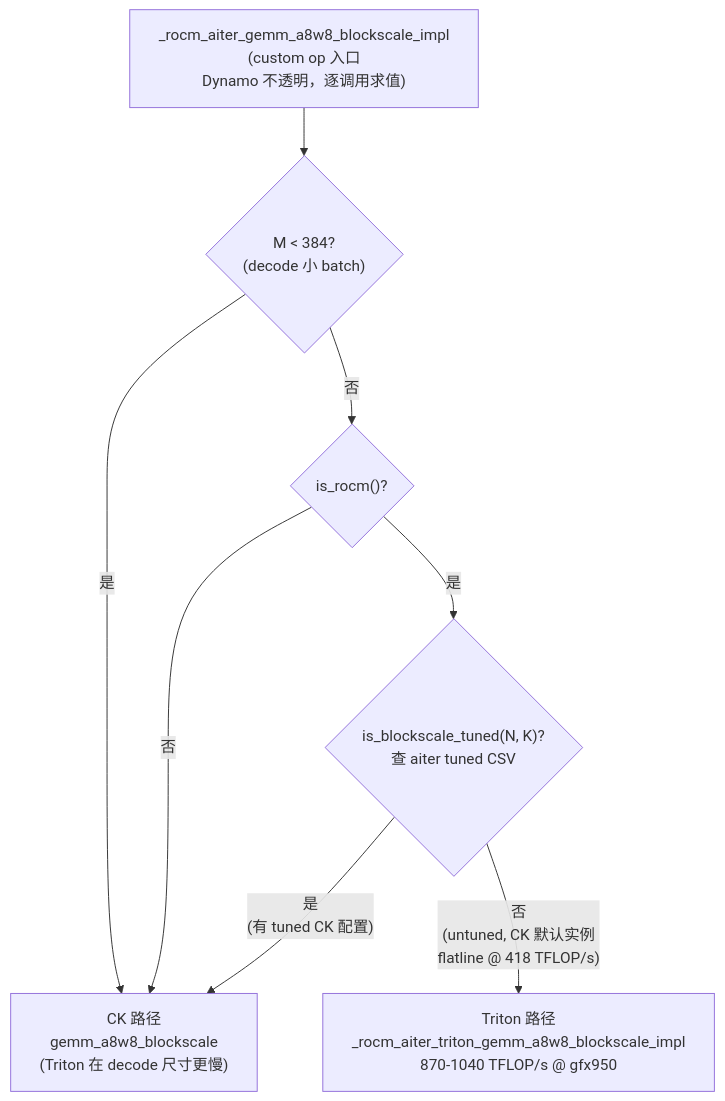
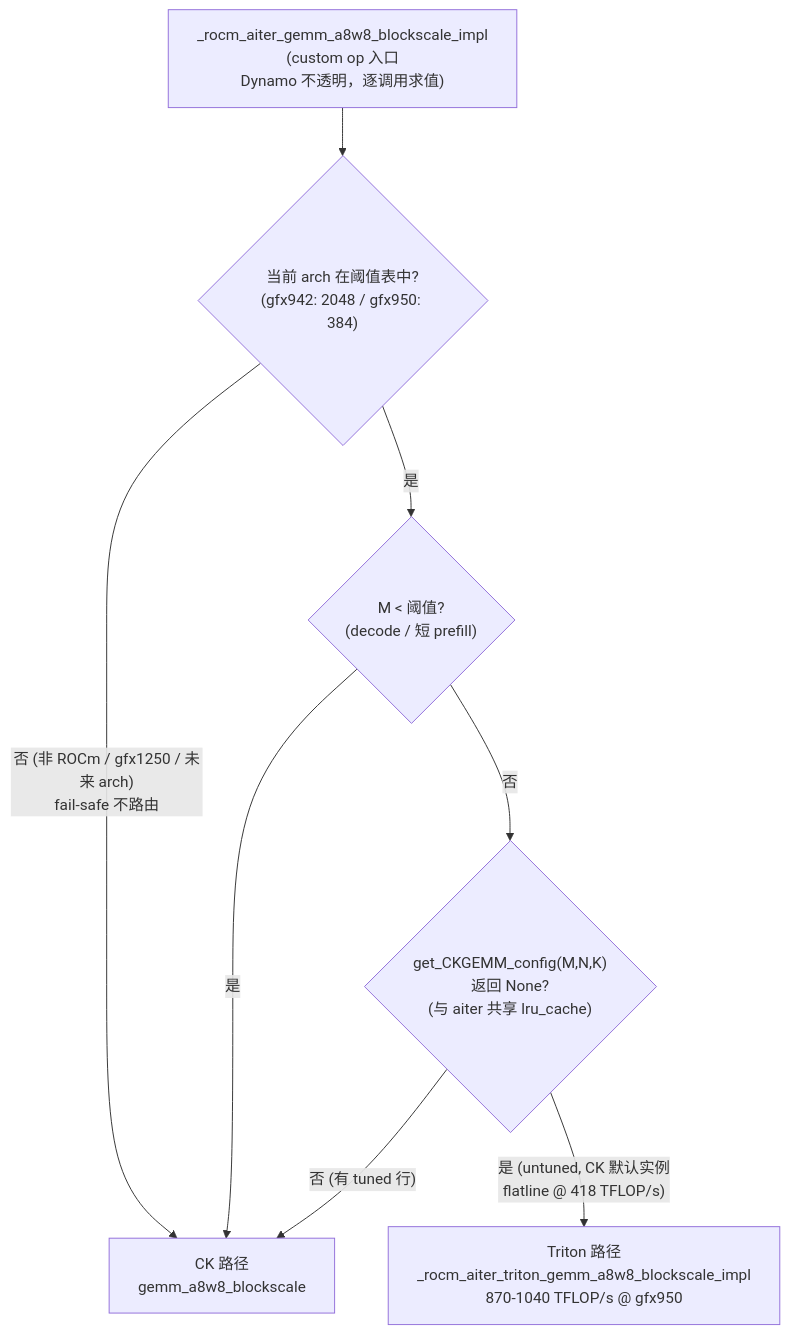
One commit to shen-shanshan/vllm-dev-skills changed the first of 2 diagrams in skills/vllm-pr-summary/outputs/pr-56812-summary.md. Above: the diagram before and after it, drawn with Mermaid. The commit also changed other lines of this file and 4 other files, not shown here.

````diff
--- a/skills/vllm-pr-summary/outputs/pr-56812-summary.md
+++ b/skills/vllm-pr-summary/outputs/pr-56812-summary.md
@@ -50,10 +51,10 @@
 ```mermaid
 flowchart TD
-    A["_rocm_aiter_gemm_a8w8_blockscale_impl<br/>(custom op 入口<br/>Dynamo 不透明，逐调用求值)"] --> B{"M < 384?<br/>(decode 小 batch)"}
-    B -->|是| C["CK 路径<br/>gemm_a8w8_blockscale<br/>(Triton 在 decode 尺寸更慢)"]
-    B -->|否| D{"is_rocm()?"}
-    D -->|否| C
-    D -->|是| E{"is_blockscale_tuned(N, K)?<br/>查 aiter tuned CSV"}
-    E -->|"是<br/>(有 tuned CK 配置)"| C
-    E -->|"否<br/>(untuned, CK 默认实例<br/>flatline @ 418 TFLOP/s)"| F["Triton 路径<br/>_rocm_aiter_triton_gemm_a8w8_blockscale_impl<br/>870-1040 TFLOP/s @ gfx950"]
+    A["_rocm_aiter_gemm_a8w8_blockscale_impl<br/>(custom op 入口<br/>Dynamo 不透明，逐调用求值)"] --> B{"当前 arch 在阈值表中?<br/>(gfx942: 2048 / gfx950: 384)"}
+    B -->|"否 (非 ROCm / gfx1250 / 未来 arch)<br/>fail-safe 不路由"| C["CK 路径<br/>gemm_a8w8_blockscale"]
+    B -->|是| D{"M < 阈值?<br/>(decode / 短 prefill)"}
+    D -->|是| C
+    D -->|否| E{"get_CKGEMM_config(M,N,K)<br/>返回 None?<br/>(与 aiter 共享 lru_cache)"}
+    E -->|"否 (有 tuned 行)"| C
+    E -->|"是 (untuned, CK 默认实例<br/>flatline @ 418 TFLOP/s)"| F["Triton 路径<br/>_rocm_aiter_triton_gemm_a8w8_blockscale_impl<br/>870-1040 TFLOP/s @ gfx950"]
 ```
````
